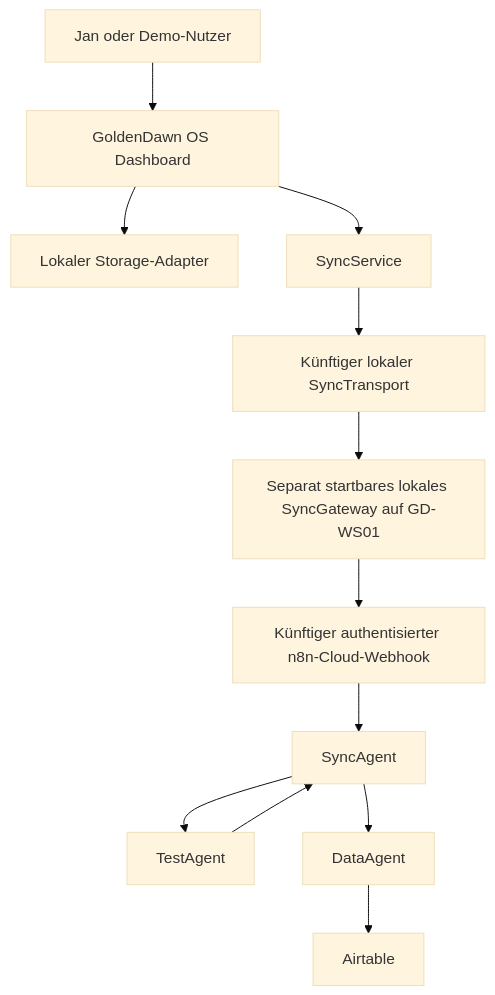
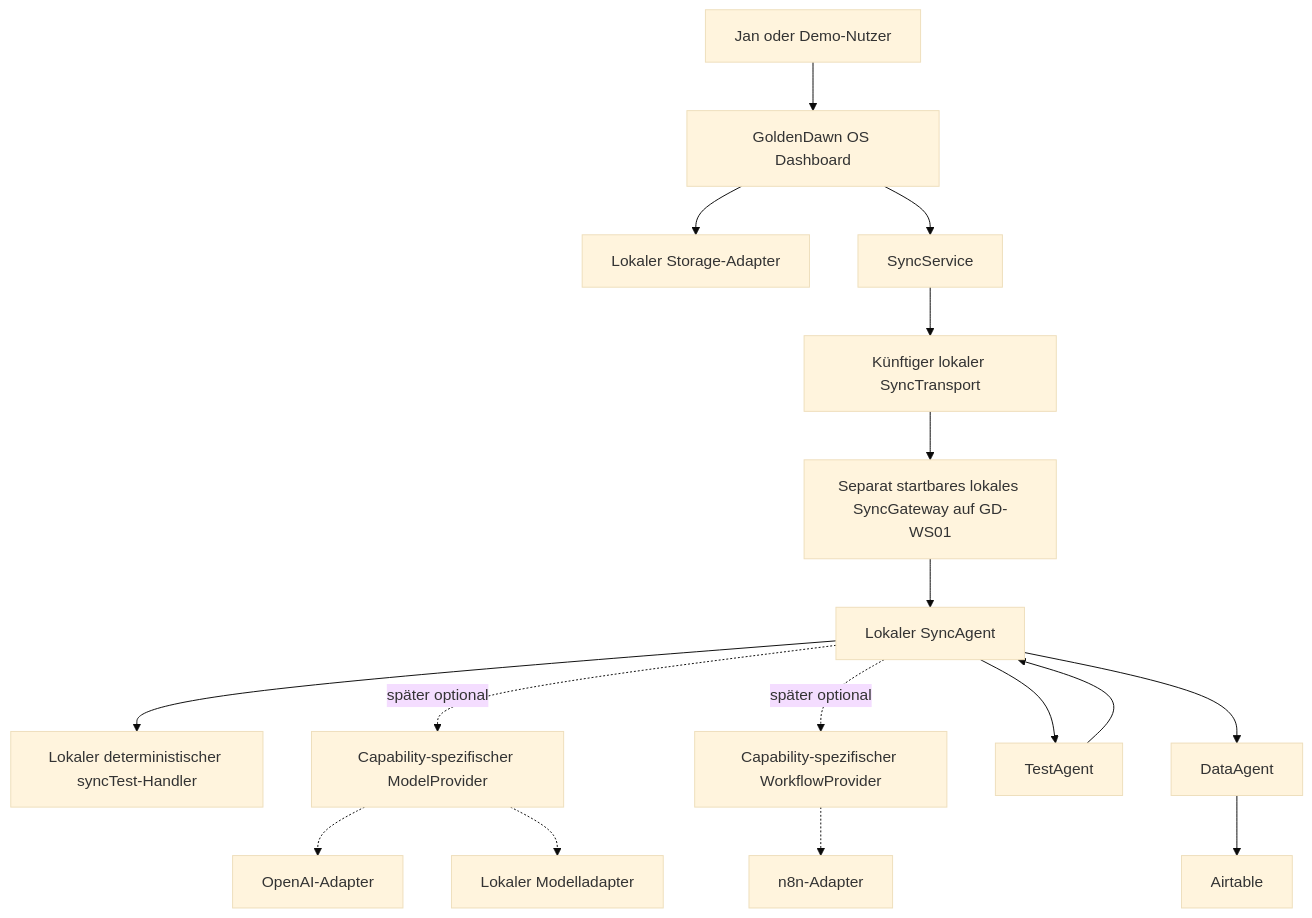
Before and after one commit to Varudan/goldendawn-os: the first of 2 diagrams in docs/architecture.md, drawn with Mermaid (base theme). The commit also changed other lines of this file and 10 other files, not shown here.

Commit message:
docs: adr-0023-local-syncagent-provider-boundary (#52)

````diff
--- a/docs/architecture.md
+++ b/docs/architecture.md
@@ -59,14 +62,19 @@
 ```mermaid
 flowchart TD
     User["Jan oder Demo-Nutzer"] --> UI["GoldenDawn OS Dashboard"]
     UI --> Local["Lokaler Storage-Adapter"]
     UI --> Sync["SyncService"]
     Sync --> Transport["Künftiger lokaler SyncTransport"]
     Transport --> Gateway["Separat startbares lokales SyncGateway auf GD-WS01"]
-    Gateway --> Cloud["Künftiger authentisierter n8n-Cloud-Webhook"]
-    Cloud --> Router["SyncAgent"]
+    Gateway --> Router["Lokaler SyncAgent"]
+    Router --> SyncTest["Lokaler deterministischer syncTest-Handler"]
+    Router -.->|später optional| Model["Capability-spezifischer ModelProvider"]
+    Model -.-> OpenAI["OpenAI-Adapter"]
+    Model -.-> LocalModel["Lokaler Modelladapter"]
+    Router -.->|später optional| Workflow["Capability-spezifischer WorkflowProvider"]
+    Workflow -.-> N8n["n8n-Adapter"]
     Router --> Test["TestAgent"]
     Router --> Data["DataAgent"]
     Test --> Router
     Data --> Airtable["Airtable"]
 ```
````
